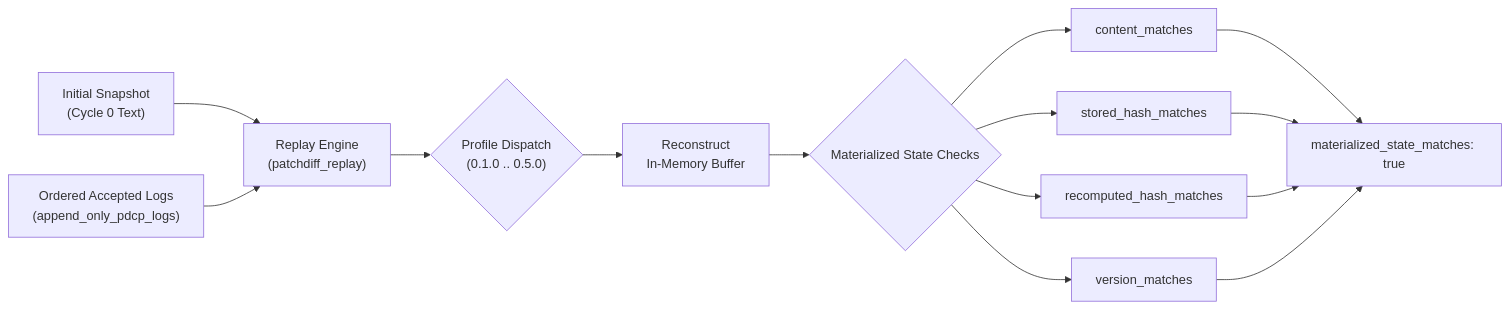
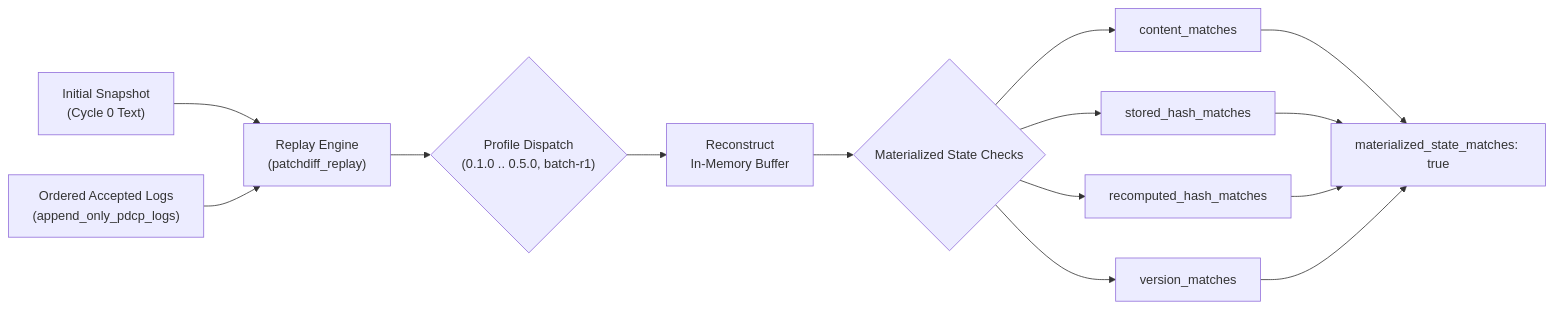
One commit to paragon-ux/Patch-DIFF changed the third of 3 diagrams in docs/architecture.md. Above: the diagram before and after it, drawn with Mermaid. The commit also changed other lines of this file and 25 other files, not shown here.

````diff
--- a/docs/architecture.md
+++ b/docs/architecture.md
@@ -115,17 +115,17 @@
 ```mermaid
 flowchart LR
     A["Initial Snapshot<br/>(Cycle 0 Text)"] --> B["Replay Engine<br/>(patchdiff_replay)"]
     C["Ordered Accepted Logs<br/>(append_only_pdcp_logs)"] --> B
     
-    B --> D{"Profile Dispatch<br/>(0.1.0 .. 0.5.0)"}
+    B --> D{"Profile Dispatch<br/>(0.1.0 .. 0.5.0, batch-r1)"}
     
     D --> E["Reconstruct<br/>In-Memory Buffer"]
     
     E --> F{"Materialized State Checks"}
     F --> G1["content_matches"]
     F --> G2["stored_hash_matches"]
     F --> G3["recomputed_hash_matches"]
     F --> G4["version_matches"]
     
     G1 & G2 & G3 & G4 --> H["materialized_state_matches: true"]
 ```
````
